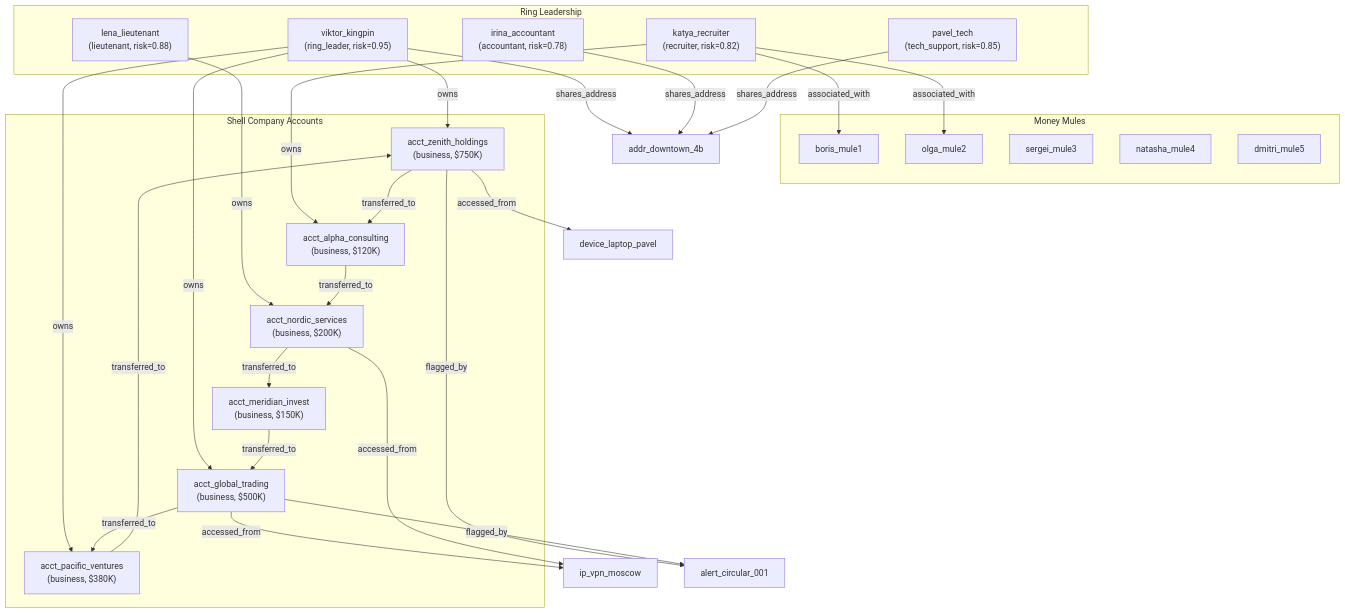
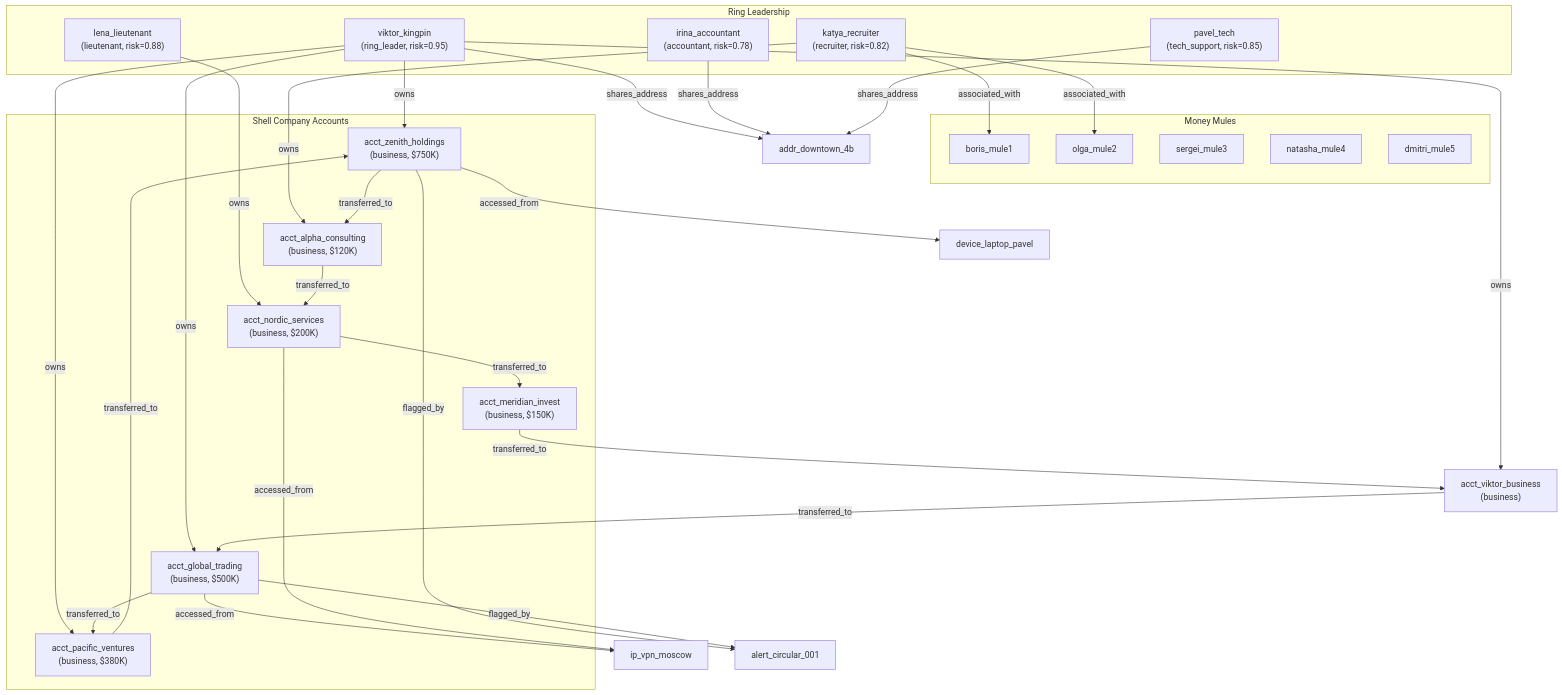
The diagram in examples/showcase/domain/fraud_detection/README.md (antquinonez/Hyper3), drawn with Mermaid before and after one commit. The commit also changed other lines of this file and 18 other files, not shown here.

````diff
--- a/examples/showcase/domain/fraud_detection/README.md
+++ b/examples/showcase/domain/fraud_detection/README.md
@@ -97,54 +97,56 @@
 ```mermaid
 graph TD
     subgraph "Ring Leadership"
         VK["viktor_kingpin<br/>(ring_leader, risk=0.95)"]
         LL["lena_lieutenant<br/>(lieutenant, risk=0.88)"]
         KR["katya_recruiter<br/>(recruiter, risk=0.82)"]
         PT["pavel_tech<br/>(tech_support, risk=0.85)"]
         IA["irina_accountant<br/>(accountant, risk=0.78)"]
     end
 
     subgraph "Money Mules"
         BM["boris_mule1"]
         OM["olga_mule2"]
         SM["sergei_mule3"]
         NM["natasha_mule4"]
         DM["dmitri_mule5"]
     end
 
     subgraph "Shell Company Accounts"
         ZH["acct_zenith_holdings<br/>(business, $750K)"]
         GT["acct_global_trading<br/>(business, $500K)"]
         PV["acct_pacific_ventures<br/>(business, $380K)"]
         AC["acct_alpha_consulting<br/>(business, $120K)"]
         NS["acct_nordic_services<br/>(business, $200K)"]
         MI["acct_meridian_invest<br/>(business, $150K)"]
     end
 
     VK --"owns"--> ZH
     VK --"owns"--> GT
     VK --"owns"--> PV
+    VK --"owns"--> VB2["acct_viktor_business<br/>(business)"]
     LL --"owns"--> NS
     KR --"owns"--> AC
 
     ZH --"transferred_to"--> AC
     AC --"transferred_to"--> NS
     NS --"transferred_to"--> MI
-    MI --"transferred_to"--> GT
+    MI --"transferred_to"--> VB2
+    VB2 --"transferred_to"--> GT
     GT --"transferred_to"--> PV
     PV --"transferred_to"--> ZH
 
     KR --"associated_with"--> BM
     KR --"associated_with"--> OM
 
     VK --"shares_address"--> addr1["addr_downtown_4b"]
     IA --"shares_address"--> addr1
     PT --"shares_address"--> addr1
 
     GT --"accessed_from"--> vpn["ip_vpn_moscow"]
     NS --"accessed_from"--> vpn
     ZH --"accessed_from"--> laptop["device_laptop_pavel"]
 
     ZH --"flagged_by"--> alert["alert_circular_001"]
     GT --"flagged_by"--> alert
 ```
````
